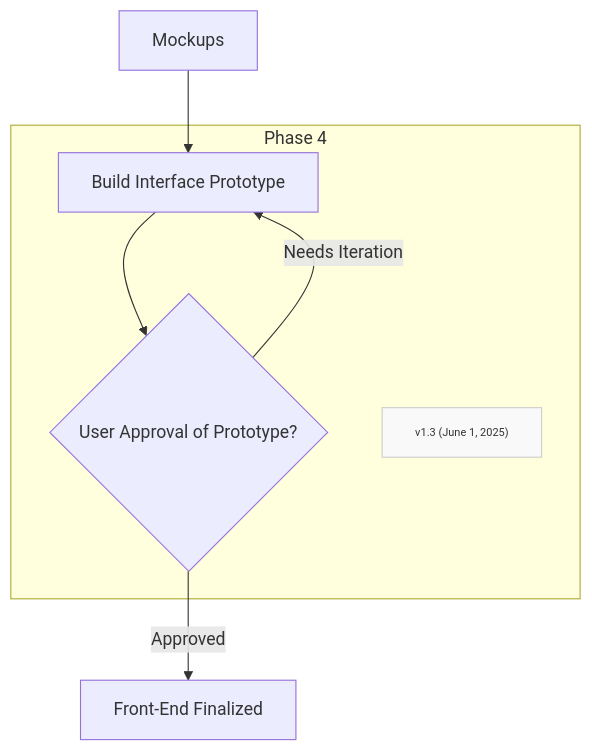
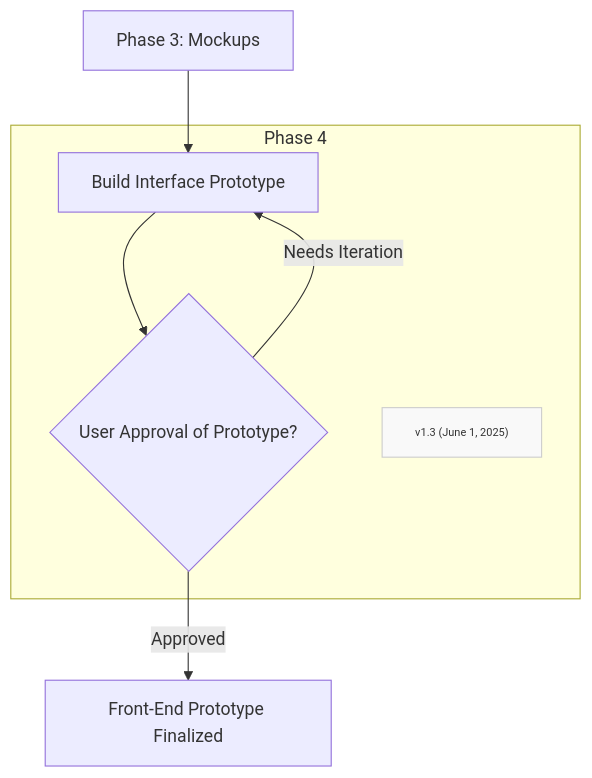
One commit to Mharbulous/Front-First-Method changed the diagram in Method/FF-phase4.md. Above: the diagram before and after it, drawn with Mermaid. The commit also changed 3 other files, not shown here.

````diff
--- a/Method/FF-phase4.md
+++ b/Method/FF-phase4.md
@@ -2,18 +2,18 @@
 ```mermaid
 graph TD
     
-B1["Mockups"]  --> B2["Build Interface Prototype"] 
+B1["Phase 3: Mockups"]  --> B2["Build Interface Prototype"] 
 
     subgraph Phase1["Phase 4"]
         B2 --> B3_Val{"User Approval of Prototype?"}
         B3_Val -->|Needs Iteration| B2
         Version["v1.3 (June 1, 2025)"]
         classDef version fill:#f9f9f9,stroke:#ccc,font-size:10px
         class Version version
         
     end
-B3_Val -->|Approved| C_Spec["Front-End Finalized"]
+B3_Val -->|Approved| C_Spec["Front-End Prototype Finalized"]
 
 
 
 ```
````
